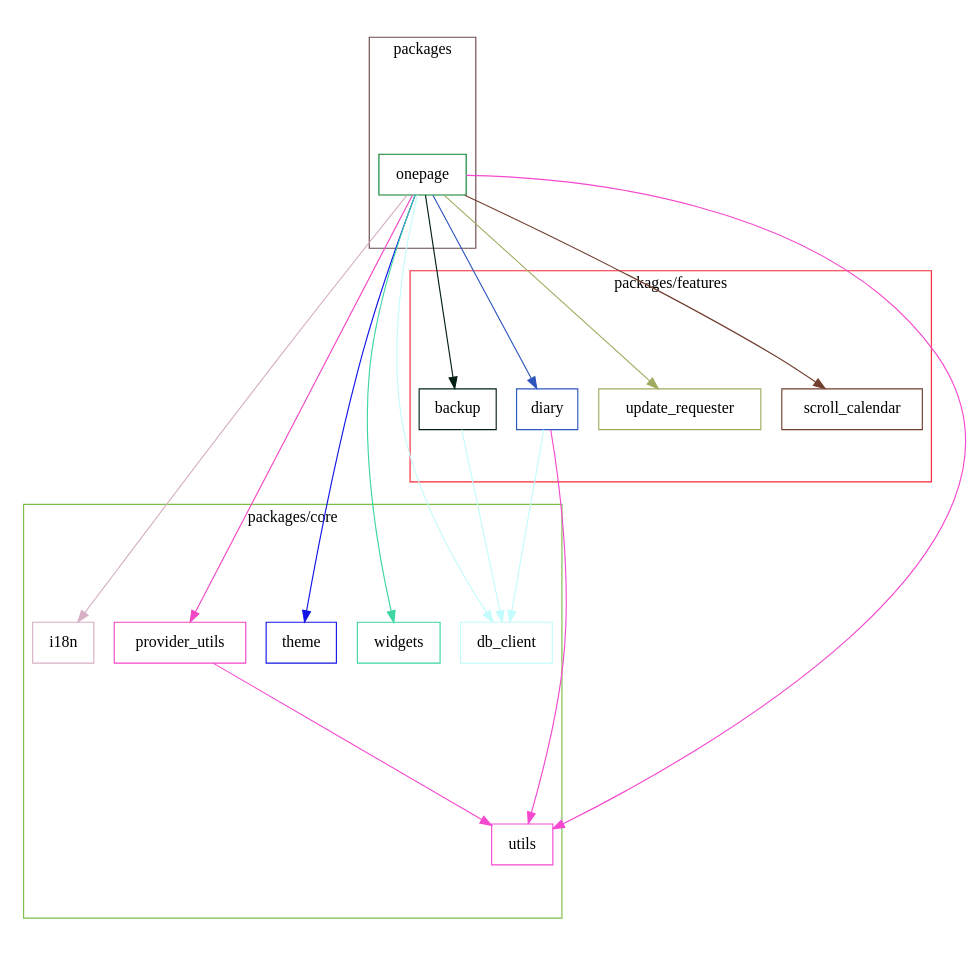
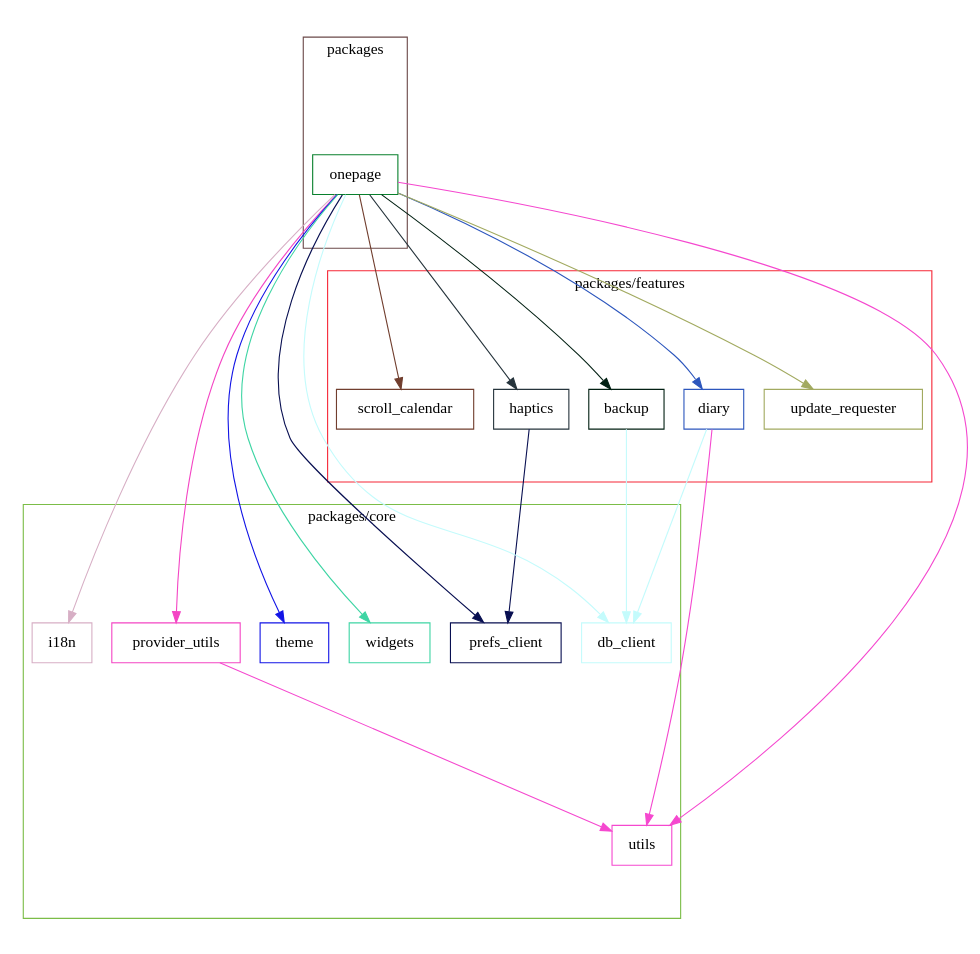
Before and after one commit to naipaka/onepage: the diagram in docs/dependency_graph.dot, drawn with Graphviz. The commit also changed 1 other file, not shown here.

Commit message:
Update Dependency Graph and SVG image (#92)

```diff
--- a/docs/dependency_graph.dot
+++ b/docs/dependency_graph.dot
@@ -1,51 +1,58 @@
 digraph packages {
   size="10"; ratio=fill;
   backup [shape="box"; color="#022013"];
   db_client [shape="box"; color="#c4fbfc"];
   diary [shape="box"; color="#2c56bd"];
+  haptics [shape="box"; color="#26343c"];
   i18n [shape="box"; color="#d7afc5"];
   onepage [shape="box"; color="#08802d"];
+  prefs_client [shape="box"; color="#080f51"];
   provider_utils [shape="box"; color="#f445c4"];
   scroll_calendar [shape="box"; color="#713e2e"];
   theme [shape="box"; color="#1214e6"];
   update_requester [shape="box"; color="#a2aa60"];
   utils [shape="box"; color="#f548cf"];
   widgets [shape="box"; color="#3ed5a4"];
   backup -> db_client [style="filled"; color="#c4fbfc"];
   diary -> db_client [style="filled"; color="#c4fbfc"];
   diary -> utils [style="filled"; color="#f548cf"];
+  haptics -> prefs_client [style="filled"; color="#080f51"];
   onepage -> backup [style="filled"; color="#022013"];
   onepage -> db_client [style="filled"; color="#c4fbfc"];
   onepage -> diary [style="filled"; color="#2c56bd"];
+  onepage -> haptics [style="filled"; color="#26343c"];
   onepage -> i18n [style="filled"; color="#d7afc5"];
+  onepage -> prefs_client [style="filled"; color="#080f51"];
   onepage -> provider_utils [style="filled"; color="#f445c4"];
   onepage -> scroll_calendar [style="filled"; color="#713e2e"];
   onepage -> theme [style="filled"; color="#1214e6"];
   onepage -> update_requester [style="filled"; color="#a2aa60"];
   onepage -> utils [style="filled"; color="#f548cf"];
   onepage -> widgets [style="filled"; color="#3ed5a4"];
   provider_utils -> utils [style="filled"; color="#f548cf"];
   subgraph "cluster packages/features" {
     label="packages/features";
     color="#f62736";
     backup;
     diary;
+    haptics;
     scroll_calendar;
     update_requester;
   }
   subgraph "cluster packages/core" {
     label="packages/core";
     color="#7bbd47";
     db_client;
     i18n;
+    prefs_client;
     provider_utils;
     theme;
     utils;
     widgets;
   }
   subgraph "cluster packages" {
     label="packages";
     color="#6b4949";
     onepage;
   }
 }
```
